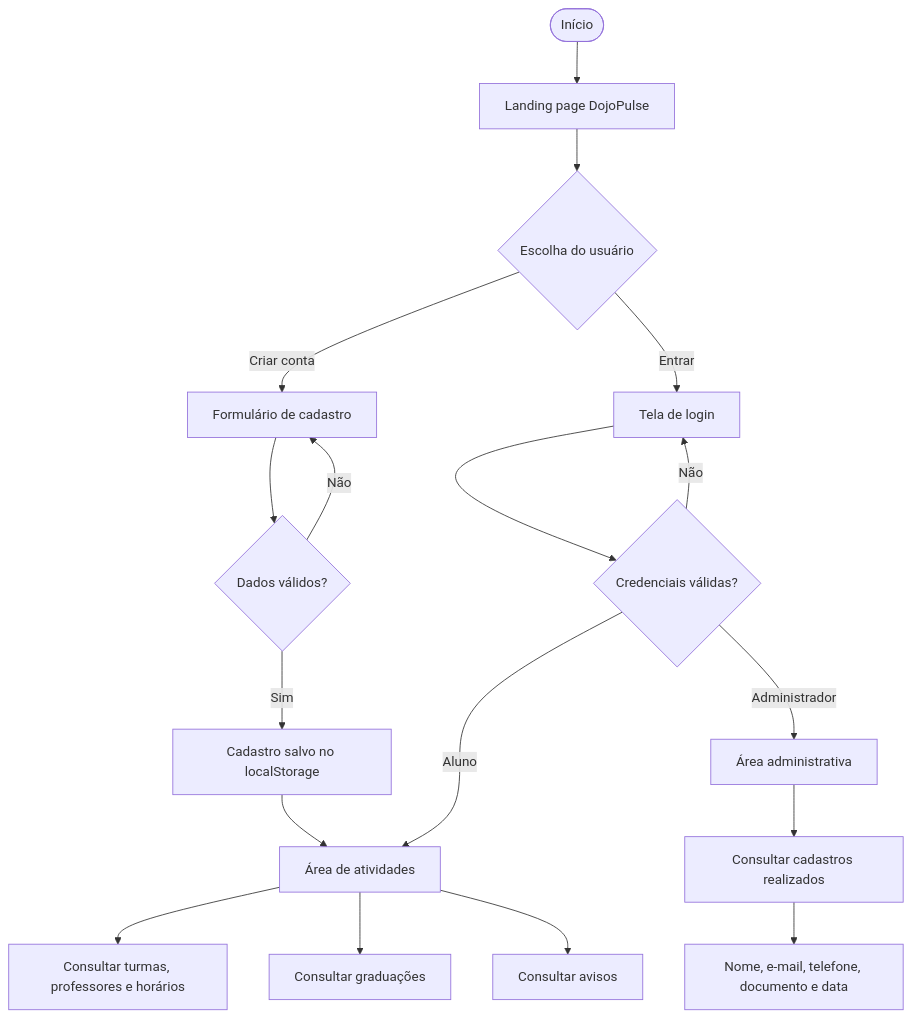
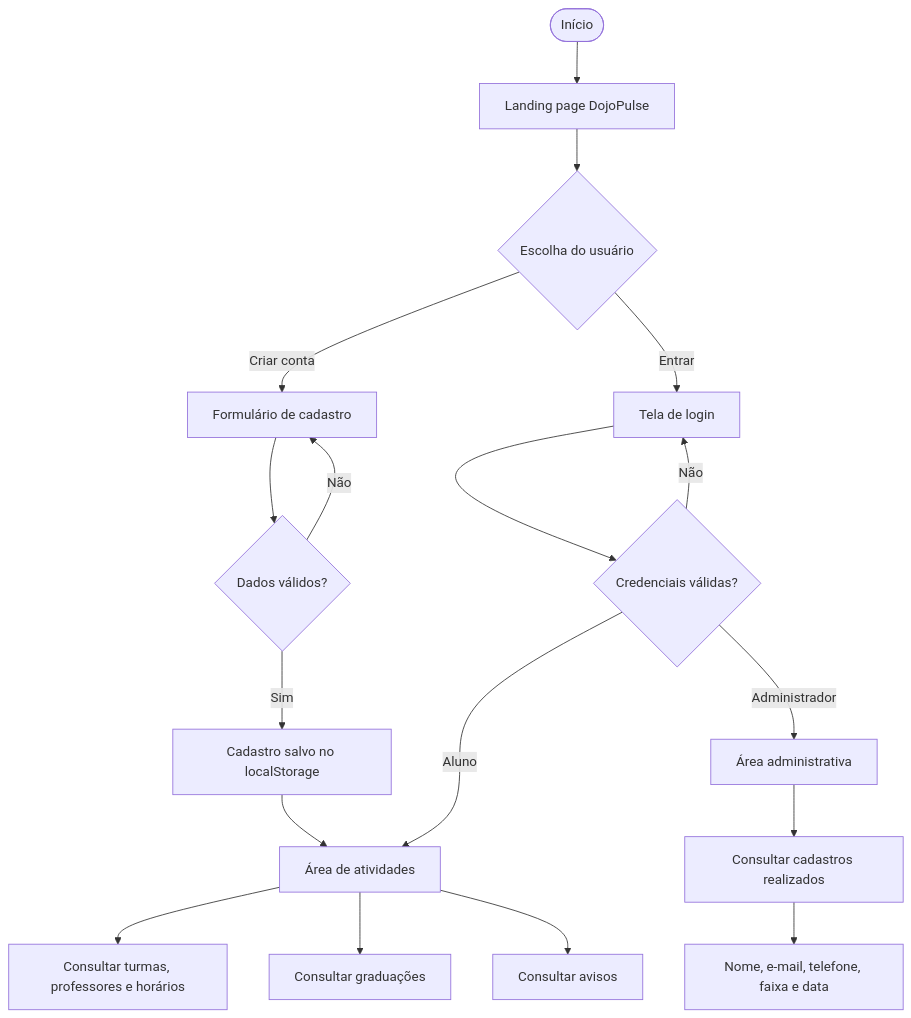
Before and after one commit to kailainemiranda/DojoPulse: the first of 4 diagrams in diagramas/diagrama-dojopulse.md, drawn with Mermaid. The commit also changed 1 other file, not shown here.

Commit message:
Atualiza cadastro para usar faixas

````diff
--- a/diagramas/diagrama-dojopulse.md
+++ b/diagramas/diagrama-dojopulse.md
@@ -3,20 +3,20 @@
 ```mermaid
 flowchart TD
     A([Início]) --> B[Landing page DojoPulse]
     B --> C{Escolha do usuário}
     C -->|Criar conta| D[Formulário de cadastro]
     C -->|Entrar| E[Tela de login]
     D --> F{Dados válidos?}
     F -->|Não| D
     F -->|Sim| G[Cadastro salvo no localStorage]
     G --> H[Área de atividades]
     E --> I{Credenciais válidas?}
     I -->|Não| E
     I -->|Aluno| H[Área de atividades]
     I -->|Administrador| J[Área administrativa]
     H --> K[Consultar turmas, professores e horários]
     H --> L[Consultar graduações]
     H --> M[Consultar avisos]
     J --> N[Consultar cadastros realizados]
-    N --> O[Nome, e-mail, telefone, documento e data]
+    N --> O[Nome, e-mail, telefone, faixa e data]
 ```
````
